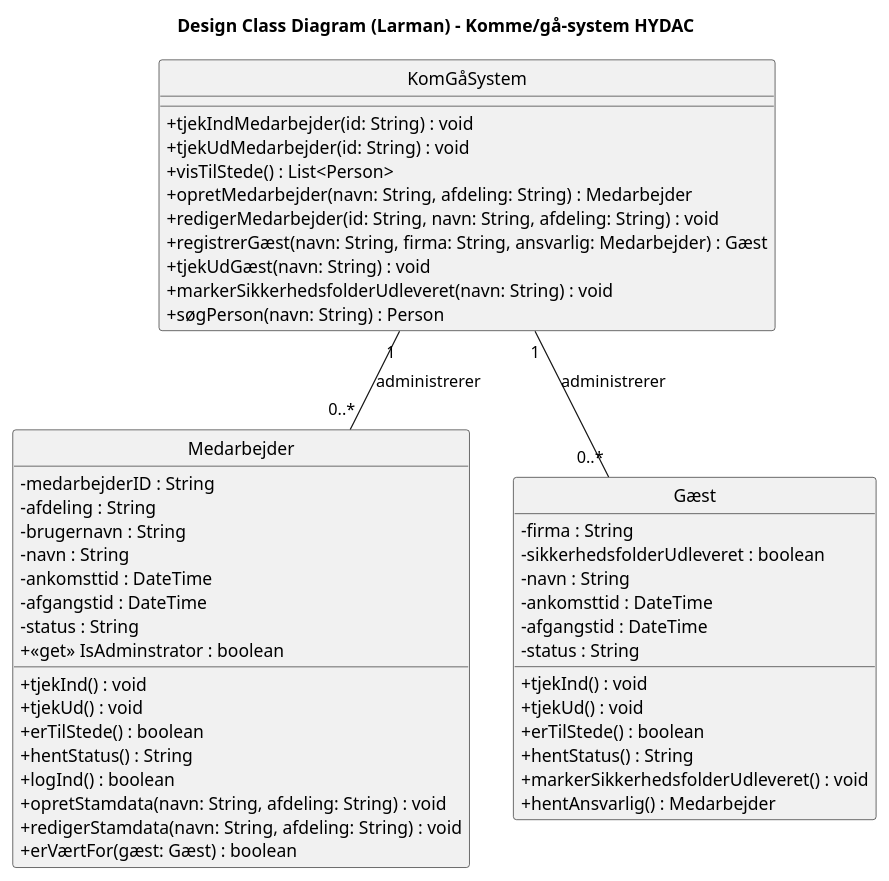
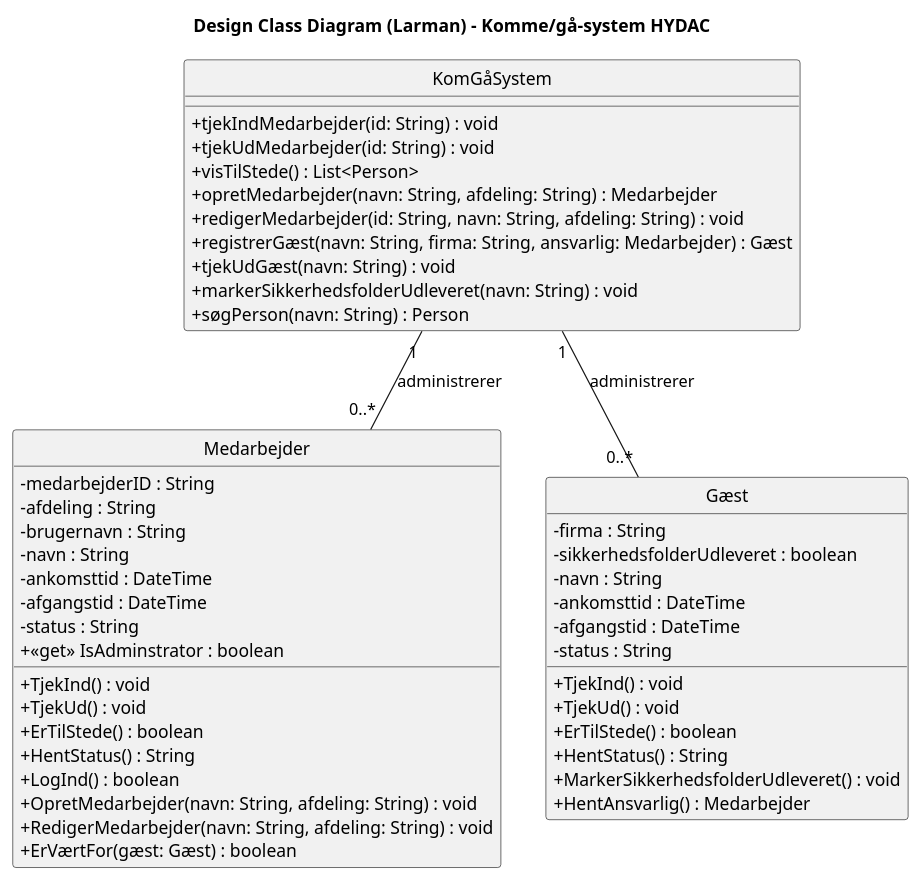
One commit to albla20/HydacTeamA4 changed the diagram in Artifacts/Designklassediagram.puml. Above: the diagram before and after it, drawn with PlantUML. The commit also changed 1 other file, not shown here.

```diff
--- a/Artifacts/Designklassediagram.puml
+++ b/Artifacts/Designklassediagram.puml
@@ -1,62 +1,62 @@
 @startuml Designklassediagram
 title Design Class Diagram (Larman) - Komme/gå-system HYDAC
 
 hide circle
 skinparam classAttributeIconSize 0
 hide emptymembers
 
 class KomGåSystem {
   + tjekIndMedarbejder(id: String) : void
   + tjekUdMedarbejder(id: String) : void
   + visTilStede() : List<Person>
   + opretMedarbejder(navn: String, afdeling: String) : Medarbejder
   + redigerMedarbejder(id: String, navn: String, afdeling: String) : void
   + registrerGæst(navn: String, firma: String, ansvarlig: Medarbejder) : Gæst
   + tjekUdGæst(navn: String) : void
   + markerSikkerhedsfolderUdleveret(navn: String) : void
   + søgPerson(navn: String) : Person
 }
 
 class Medarbejder {
   - medarbejderID : String
   - afdeling : String
   - brugernavn : String
   - navn : String
   - ankomsttid : DateTime
   - afgangstid : DateTime
   - status : String
   + <<get>> IsAdminstrator : boolean
-  + tjekInd() : void
-  + tjekUd() : void
-  + erTilStede() : boolean
-  + hentStatus() : String
-  + logInd() : boolean
-  + opretStamdata(navn: String, afdeling: String) : void
-  + redigerStamdata(navn: String, afdeling: String) : void
-  + erVærtFor(gæst: Gæst) : boolean
+  + TjekInd() : void
+  + TjekUd() : void
+  + ErTilStede() : boolean
+  + HentStatus() : String
+  + LogInd() : boolean
+  + OpretMedarbejder(navn: String, afdeling: String) : void
+  + RedigerMedarbejder(navn: String, afdeling: String) : void
+  + ErVærtFor(gæst: Gæst) : boolean
 }
 
 class Gæst {
   - firma : String
   - sikkerhedsfolderUdleveret : boolean
   - navn : String
   - ankomsttid : DateTime
   - afgangstid : DateTime
   - status : String
-  + tjekInd() : void
-  + tjekUd() : void
-  + erTilStede() : boolean
-  + hentStatus() : String
-  + markerSikkerhedsfolderUdleveret() : void
-  + hentAnsvarlig() : Medarbejder
+  + TjekInd() : void
+  + TjekUd() : void
+  + ErTilStede() : boolean
+  + HentStatus() : String
+  + MarkerSikkerhedsfolderUdleveret() : void
+  + HentAnsvarlig() : Medarbejder
 }
 
 
 KomGåSystem "1" -- "0..*" Medarbejder : administrerer 
 KomGåSystem "1" -- "0..*" Gæst : administrerer 
 
 
 
 
 
 @enduml
```
